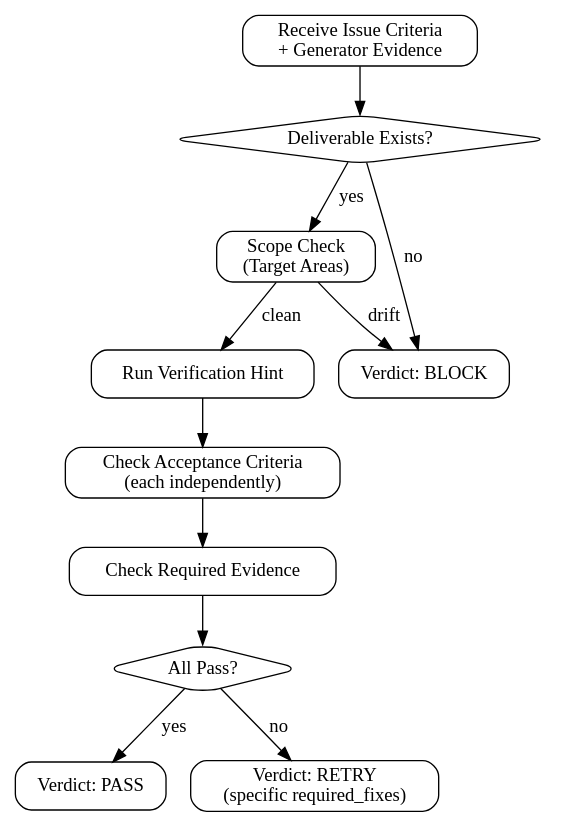
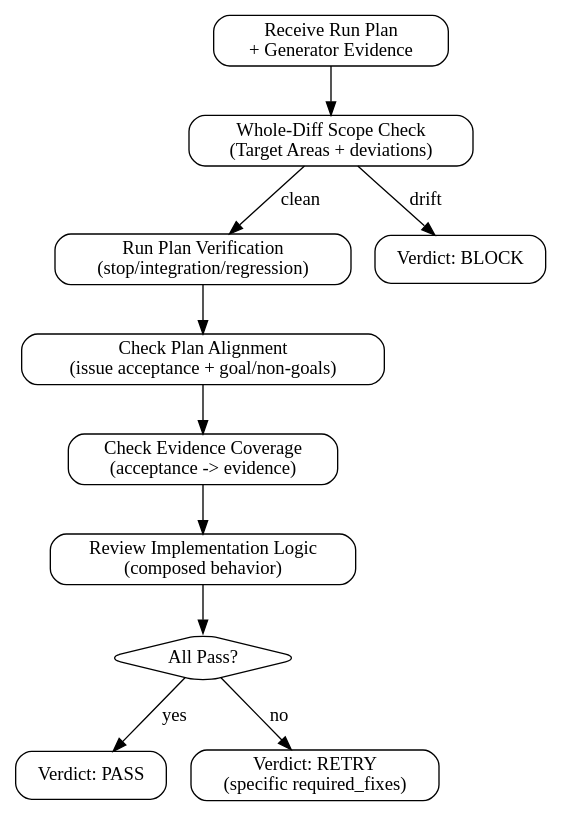
The diagram in skills/pge-exec/handoffs/evaluator.md (feng-y/pge), drawn with Graphviz before and after one commit. The commit also changed other lines of this file and 5 other files, not shown here.

Commit message:
Revise pge-exec final verification flow

````diff
--- a/skills/pge-exec/handoffs/evaluator.md
+++ b/skills/pge-exec/handoffs/evaluator.md
@@ -5,28 +5,27 @@
 ```dot
 digraph evaluator {
   rankdir=TB;
   node [shape=box, style=rounded];
 
-  receive [label="Receive Issue Criteria\n+ Generator Evidence"];
-  check_exists [label="Deliverable Exists?", shape=diamond];
-  check_scope [label="Scope Check\n(Target Areas)"];
-  run_verify [label="Run Verification Hint"];
-  check_criteria [label="Check Acceptance Criteria\n(each independently)"];
-  check_evidence [label="Check Required Evidence"];
+  receive [label="Receive Run Plan\n+ Generator Evidence"];
+  check_scope [label="Whole-Diff Scope Check\n(Target Areas + deviations)"];
+  run_verify [label="Run Plan Verification\n(stop/integration/regression)"];
+  check_criteria [label="Check Plan Alignment\n(issue acceptance + goal/non-goals)"];
+  check_evidence [label="Check Evidence Coverage\n(acceptance -> evidence)"];
+  check_logic [label="Review Implementation Logic\n(composed behavior)"];
   all_pass [label="All Pass?", shape=diamond];
   verdict_pass [label="Verdict: PASS"];
   verdict_retry [label="Verdict: RETRY\n(specific required_fixes)"];
   verdict_block [label="Verdict: BLOCK"];
 
-  receive -> check_exists;
-  check_exists -> check_scope [label="yes"];
-  check_exists -> verdict_block [label="no"];
+  receive -> check_scope;
   check_scope -> run_verify [label="clean"];
   check_scope -> verdict_block [label="drift"];
   run_verify -> check_criteria;
   check_criteria -> check_evidence;
-  check_evidence -> all_pass;
+  check_evidence -> check_logic;
+  check_logic -> all_pass;
   all_pass -> verdict_pass [label="yes"];
   all_pass -> verdict_retry [label="no"];
 }
 ```
````
